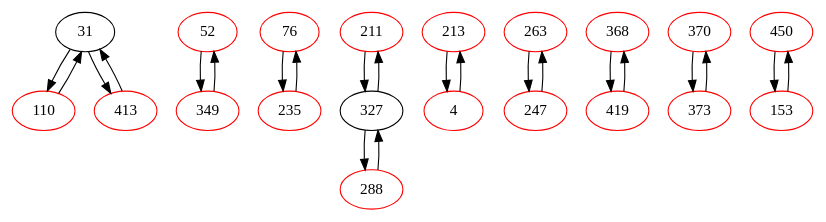
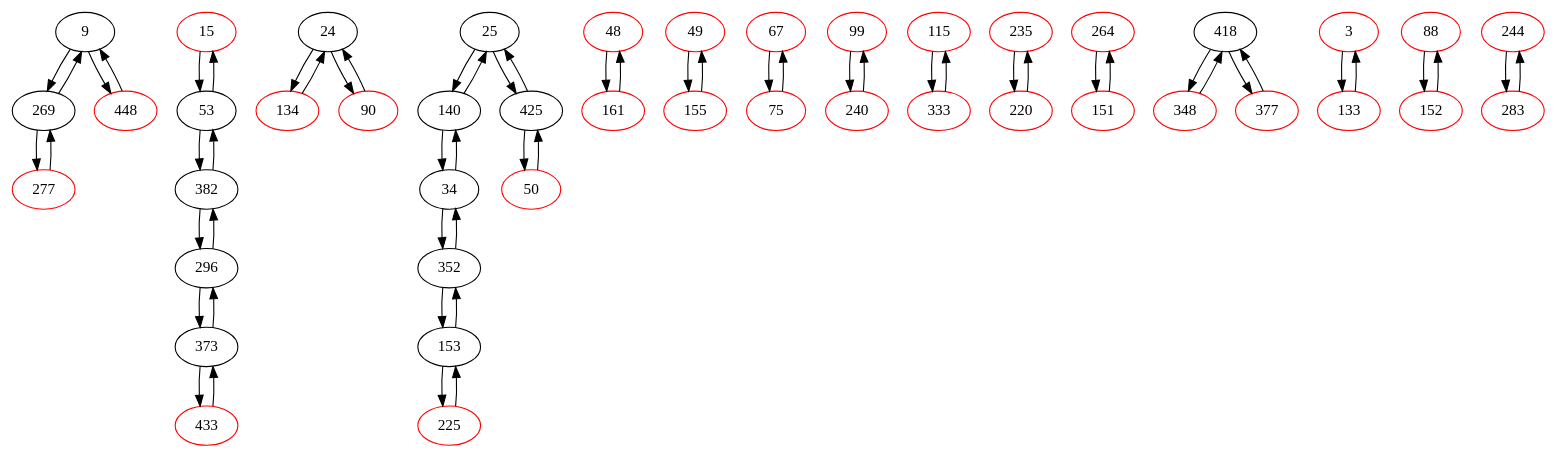
Before and after one commit to AuCson/Genome-Assembly-Implementation: the diagram in external/dbg2olc/CleanedBestOverlapGraph.dot, drawn with Graphviz. The commit also changed 79 other files, not shown here.

```diff
--- a/external/dbg2olc/CleanedBestOverlapGraph.dot
+++ b/external/dbg2olc/CleanedBestOverlapGraph.dot
@@ -1,44 +1,104 @@
 digraph G {
-31 -> 110;
-52 -> 349;
-76 -> 235;
-110 -> 31;
-211 -> 327;
-213 -> 4;
-235 -> 76;
-263 -> 247;
-288 -> 327;
-327 -> 211;
-349 -> 52;
-368 -> 419;
-370 -> 373;
-413 -> 31;
-450 -> 153;
-4 -> 213;
-31 -> 413;
-153 -> 450;
-247 -> 263;
-327 -> 288;
-373 -> 370;
-419 -> 368;
-4[color=red];
-31
-52[color=red];
-76[color=red];
-110[color=red];
-153[color=red];
-211[color=red];
-213[color=red];
+9 -> 269;
+15 -> 53;
+24 -> 134;
+25 -> 140;
+34 -> 352;
+48 -> 161;
+49 -> 155;
+50 -> 425;
+53 -> 15;
+67 -> 75;
+75 -> 67;
+99 -> 240;
+115 -> 333;
+134 -> 24;
+140 -> 34;
+153 -> 352;
+155 -> 49;
+225 -> 153;
+235 -> 220;
+240 -> 99;
+264 -> 151;
+269 -> 9;
+277 -> 269;
+296 -> 382;
+333 -> 115;
+352 -> 153;
+373 -> 296;
+382 -> 53;
+418 -> 348;
+425 -> 25;
+433 -> 373;
+3 -> 133;
+9 -> 448;
+24 -> 90;
+25 -> 425;
+34 -> 140;
+53 -> 382;
+88 -> 152;
+90 -> 24;
+133 -> 3;
+140 -> 25;
+151 -> 264;
+152 -> 88;
+153 -> 225;
+161 -> 48;
+220 -> 235;
+244 -> 283;
+269 -> 277;
+283 -> 244;
+296 -> 373;
+348 -> 418;
+352 -> 34;
+373 -> 433;
+377 -> 418;
+382 -> 296;
+418 -> 377;
+425 -> 50;
+448 -> 9;
+3[color=red];
+9
+15[color=red];
+24
+25
+34
+48[color=red];
+49[color=red];
+50[color=red];
+53
+67[color=red];
+75[color=red];
+88[color=red];
+90[color=red];
+99[color=red];
+115[color=red];
+133[color=red];
+134[color=red];
+140
+151[color=red];
+152[color=red];
+153
+155[color=red];
+161[color=red];
+220[color=red];
+225[color=red];
 235[color=red];
-247[color=red];
-263[color=red];
-288[color=red];
-327
-349[color=red];
-368[color=red];
-370[color=red];
-373[color=red];
-413[color=red];
-419[color=red];
-450[color=red];
+240[color=red];
+244[color=red];
+264[color=red];
+269
+277[color=red];
+283[color=red];
+296
+333[color=red];
+348[color=red];
+352
+373
+377[color=red];
+382
+418
+425
+433[color=red];
+448[color=red];
 }
```
